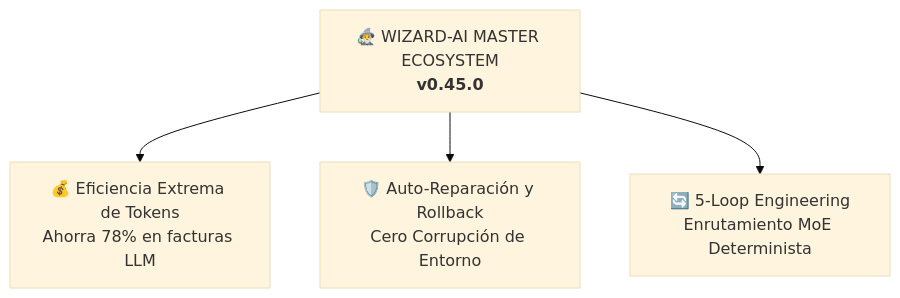
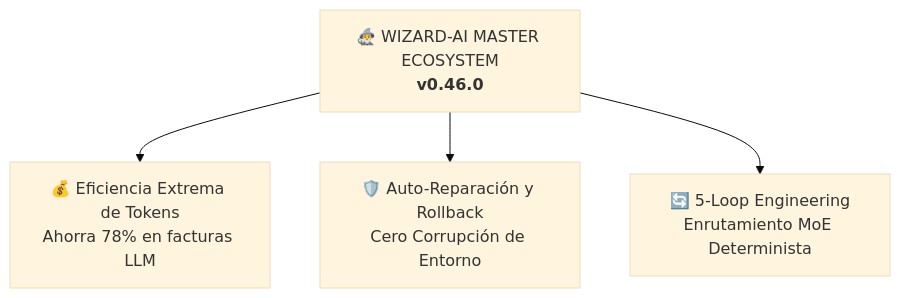
The diagram in README.es.md (darkrei08/Wizard-AI), drawn with Mermaid (base theme) before and after one commit. The commit also changed other lines of this file and 6 other files, not shown here.

````diff
--- a/README.es.md
+++ b/README.es.md
@@ -42,6 +42,6 @@
 ```mermaid
 graph TD
-    A[🧙‍♂️ WIZARD-AI MASTER ECOSYSTEM<br/><b>v0.45.0</b>] --> B[💰 Eficiencia Extrema de Tokens<br/>Ahorra 78% en facturas LLM]
+    A[🧙‍♂️ WIZARD-AI MASTER ECOSYSTEM<br/><b>v0.46.0</b>] --> B[💰 Eficiencia Extrema de Tokens<br/>Ahorra 78% en facturas LLM]
     A --> C[🛡️ Auto-Reparación y Rollback<br/>Cero Corrupción de Entorno]
     A --> D[🔄 5-Loop Engineering<br/>Enrutamiento MoE Determinista]
 ```
````
